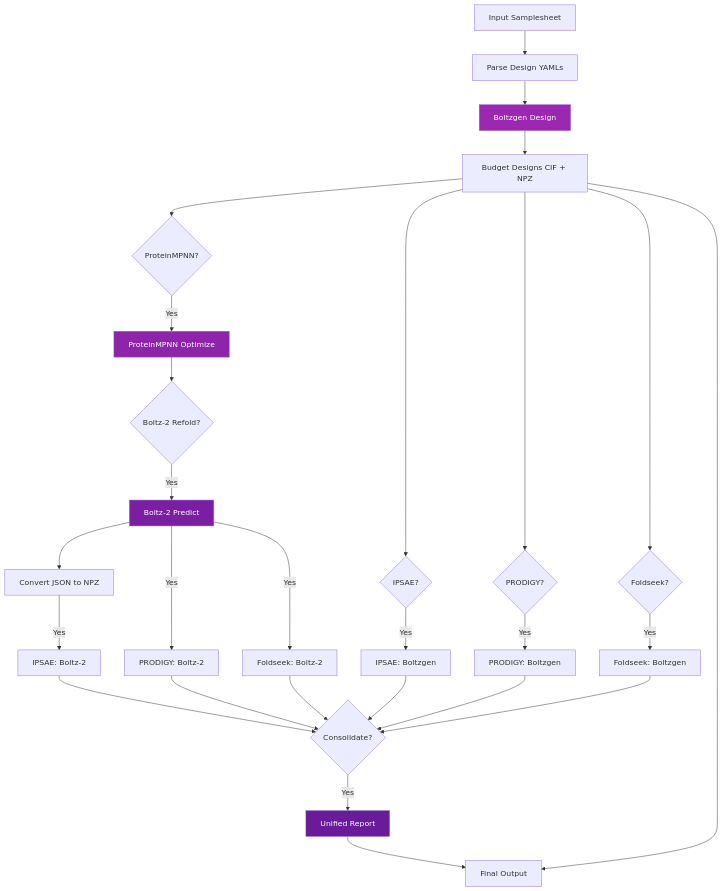
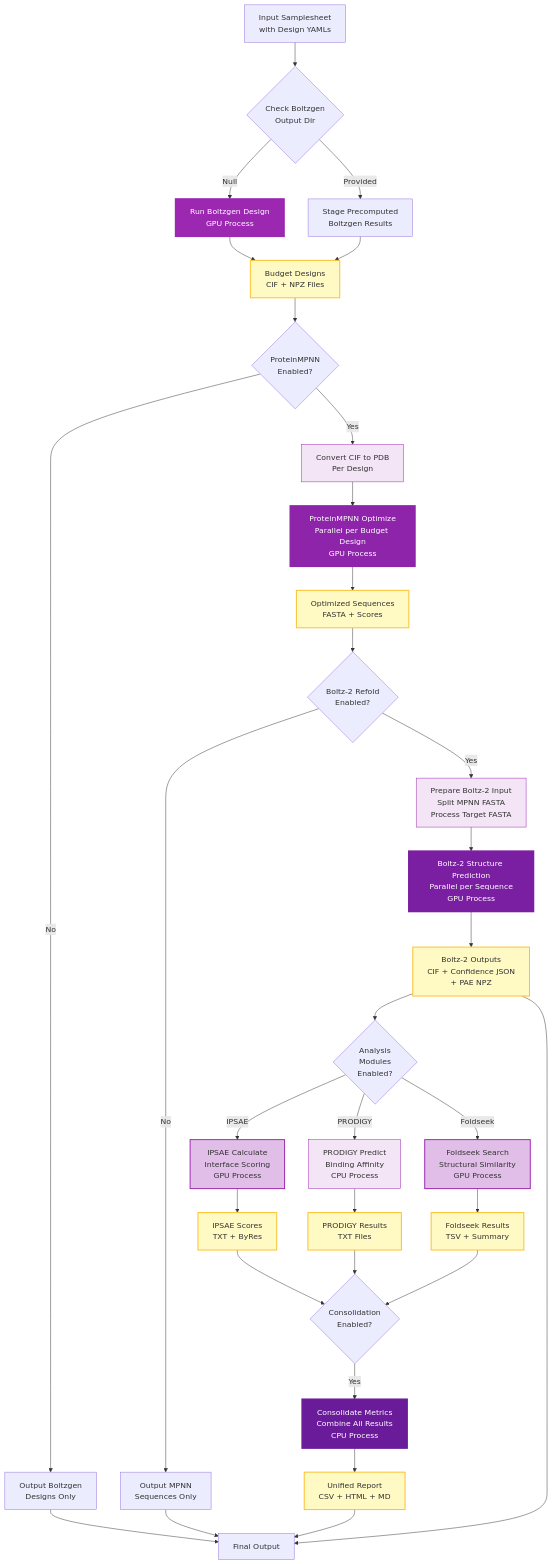
One commit to scheckley/nf-proteindesign changed the diagram in docs/architecture/design.md. Above: the diagram before and after it, drawn with Mermaid. The commit also changed other lines of this file and 14 other files, not shown here.

First line of the commit message:
docs: update MkDocs diagrams and add dynamic content generation

````diff
--- a/docs/architecture/design.md
+++ b/docs/architecture/design.md
@@ -9,41 +9,63 @@
 ```mermaid
 flowchart TD
-    A[Input Samplesheet] --> B[Parse Design YAMLs]
-    B --> C[Boltzgen Design]
+    A[Input Samplesheet<br/>with Design YAMLs] --> B{Check Boltzgen<br/>Output Dir}
     
-    C --> D[Budget Designs CIF + NPZ]
+    B -->|Null| C[Run Boltzgen Design<br/>GPU Process]
+    B -->|Provided| D[Stage Precomputed<br/>Boltzgen Results]
     
-    D --> E{ProteinMPNN?}
-    E -->|Yes| F[ProteinMPNN Optimize]
-    F --> G{Boltz-2 Refold?}
-    G -->|Yes| H[Boltz-2 Predict]
-    H --> I[Convert JSON to NPZ]
+    C --> E[Budget Designs<br/>CIF + NPZ Files]
+    D --> E
     
-    D --> J{IPSAE?}
-    J -->|Yes| K1[IPSAE: Boltzgen]
-    I -->|Yes| K2[IPSAE: Boltz-2]
+    E --> F{ProteinMPNN<br/>Enabled?}
+    F -->|No| Z1[Output Boltzgen<br/>Designs Only]
     
-    D --> L{PRODIGY?}
-    L -->|Yes| M1[PRODIGY: Boltzgen]
-    H -->|Yes| M2[PRODIGY: Boltz-2]
+    F -->|Yes| G[Convert CIF to PDB<br/>Per Design]
+    G --> H[ProteinMPNN Optimize<br/>Parallel per Budget Design<br/>GPU Process]
     
-    D --> N{Foldseek?}
-    N -->|Yes| O1[Foldseek: Boltzgen]
-    H -->|Yes| O2[Foldseek: Boltz-2]
+    H --> I[Optimized Sequences<br/>FASTA + Scores]
     
-    K1 --> P{Consolidate?}
-    K2 --> P
-    M1 --> P
-    M2 --> P
-    O1 --> P
-    O2 --> P
-    P -->|Yes| Q[Unified Report]
+    I --> J{Boltz-2 Refold<br/>Enabled?}
+    J -->|No| Z2[Output MPNN<br/>Sequences Only]
     
-    Q --> R[Final Output]
-    D --> R
+    J -->|Yes| K[Prepare Boltz-2 Input<br/>Split MPNN FASTA<br/>Process Target FASTA]
     
-    style C fill:#9C27B0,color:#fff
-    style F fill:#8E24AA,color:#fff
-    style H fill:#7B1FA2,color:#fff
-    style Q fill:#6A1B9A,color:#fff
+    K --> L[Boltz-2 Structure Prediction<br/>Parallel per Sequence<br/>GPU Process]
+    
+    L --> M[Boltz-2 Outputs<br/>CIF + Confidence JSON<br/>+ PAE NPZ]
+    
+    M --> N{Analysis<br/>Modules<br/>Enabled?}
+    
+    N -->|IPSAE| O[IPSAE Calculate<br/>Interface Scoring<br/>GPU Process]
+    N -->|PRODIGY| P[PRODIGY Predict<br/>Binding Affinity<br/>CPU Process]
+    N -->|Foldseek| Q[Foldseek Search<br/>Structural Similarity<br/>GPU Process]
+    
+    O --> R[IPSAE Scores<br/>TXT + ByRes]
+    P --> S[PRODIGY Results<br/>TXT Files]
+    Q --> T[Foldseek Results<br/>TSV + Summary]
+    
+    R --> U{Consolidation<br/>Enabled?}
+    S --> U
+    T --> U
+    
+    U -->|Yes| V[Consolidate Metrics<br/>Combine All Results<br/>CPU Process]
+    
+    V --> W[Unified Report<br/>CSV + HTML + MD]
+    
+    W --> X[Final Output]
+    M --> X
+    Z1 --> X
+    Z2 --> X
+    
+    style C fill:#9C27B0,color:#fff,stroke:#9C27B0,stroke-width:3px
+    style H fill:#8E24AA,color:#fff,stroke:#8E24AA,stroke-width:3px
+    style L fill:#7B1FA2,color:#fff,stroke:#7B1FA2,stroke-width:3px
+    style V fill:#6A1B9A,color:#fff,stroke:#6A1B9A,stroke-width:3px
+    
+    classDef gpuProcess fill:#E1BEE7,stroke:#9C27B0,stroke-width:2px
+    classDef cpuProcess fill:#F3E5F5,stroke:#9C27B0,stroke-width:1px
+    classDef dataNode fill:#FFF9C4,stroke:#FBC02D,stroke-width:2px
+    
+    class C,H,L,O,Q gpuProcess
+    class G,K,P,V cpuProcess
+    class E,I,M,R,S,T,W dataNode
 ```
````
